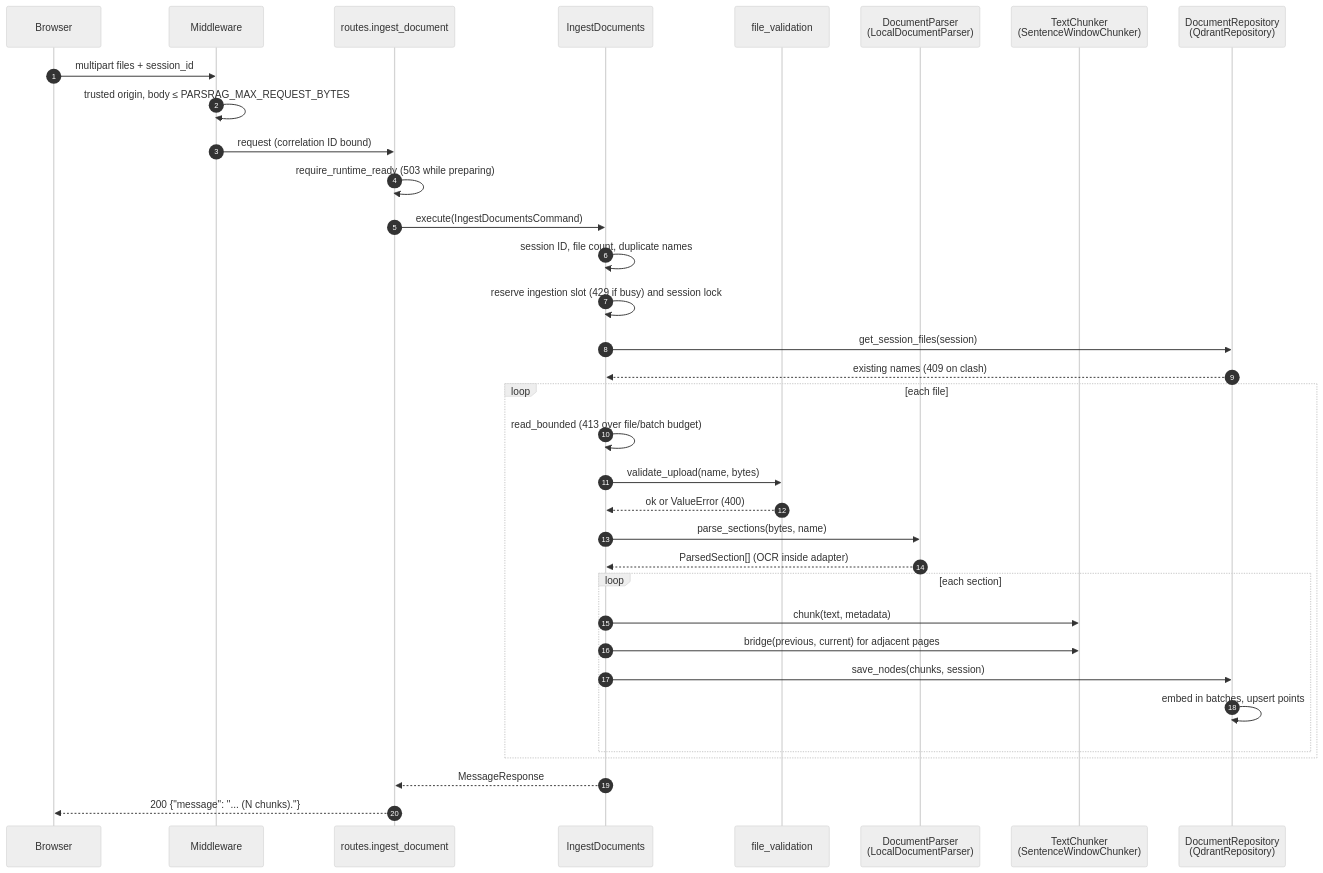
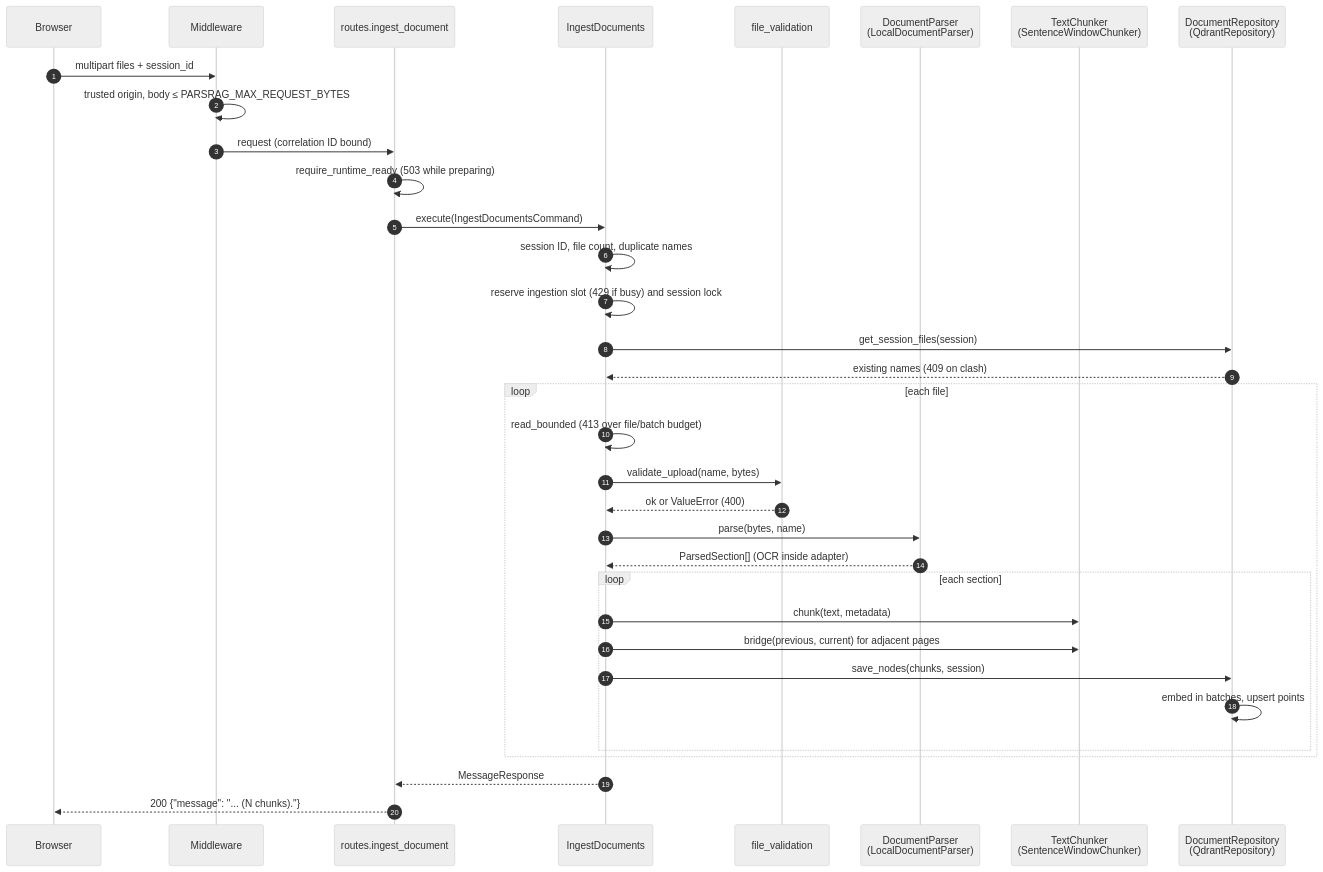
Before and after one commit to Pooria82/ParsRAG: the second of 6 diagrams in docs/architecture/data-flow.md, drawn with Mermaid (neutral theme). The commit also changed other lines of this file and 129 other files, not shown here.

````diff
--- a/docs/architecture/data-flow.md
+++ b/docs/architecture/data-flow.md
@@ -42,37 +42,37 @@
 ```mermaid
 sequenceDiagram
     autonumber
     participant B as Browser
     participant MW as Middleware
     participant R as routes.ingest_document
     participant UC as IngestDocuments
     participant V as file_validation
     participant DP as DocumentParser<br>(LocalDocumentParser)
     participant TC as TextChunker<br>(SentenceWindowChunker)
     participant DR as DocumentRepository<br>(QdrantRepository)
 
     B->>MW: multipart files + session_id
     MW->>MW: trusted origin, body ≤ PARSRAG_MAX_REQUEST_BYTES
     MW->>R: request (correlation ID bound)
     R->>R: require_runtime_ready (503 while preparing)
     R->>UC: execute(IngestDocumentsCommand)
     UC->>UC: session ID, file count, duplicate names
     UC->>UC: reserve ingestion slot (429 if busy) and session lock
     UC->>DR: get_session_files(session)
     DR-->>UC: existing names (409 on clash)
     loop each file
         UC->>UC: read_bounded (413 over file/batch budget)
         UC->>V: validate_upload(name, bytes)
         V-->>UC: ok or ValueError (400)
-        UC->>DP: parse_sections(bytes, name)
+        UC->>DP: parse(bytes, name)
         DP-->>UC: ParsedSection[] (OCR inside adapter)
         loop each section
             UC->>TC: chunk(text, metadata)
             UC->>TC: bridge(previous, current) for adjacent pages
             UC->>DR: save_nodes(chunks, session)
             DR->>DR: embed in batches, upsert points
         end
     end
     UC-->>R: MessageResponse
     R-->>B: 200 {"message": "... (N chunks)."}
 ```
````
